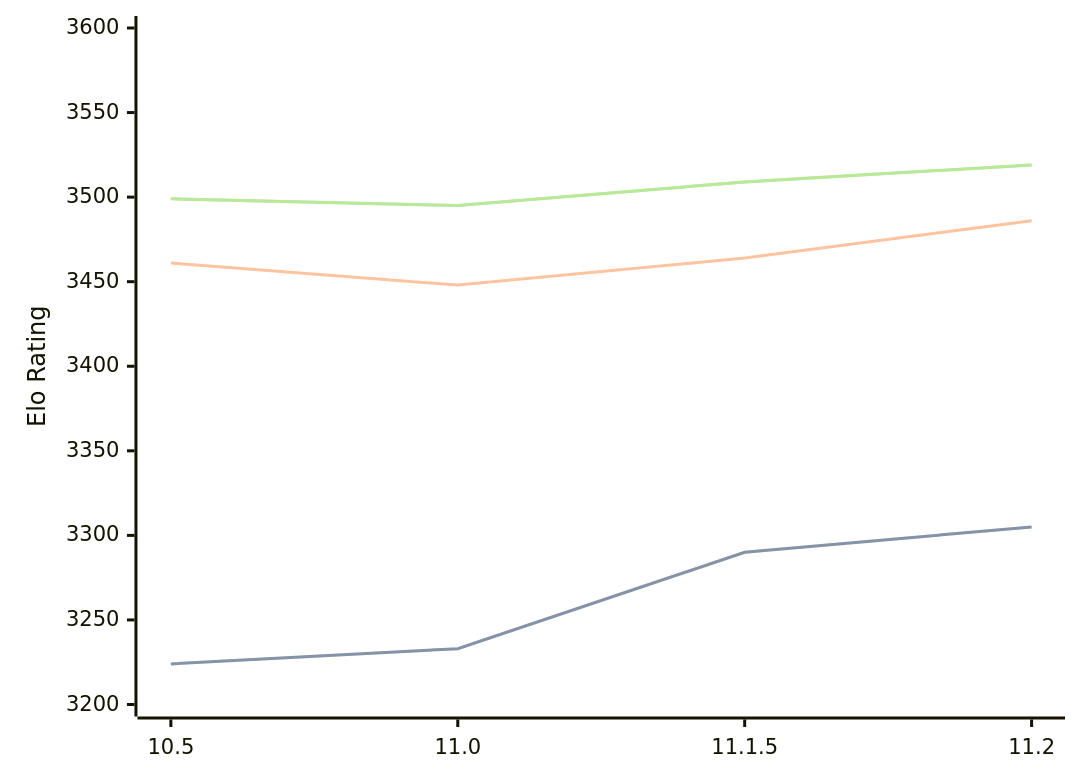
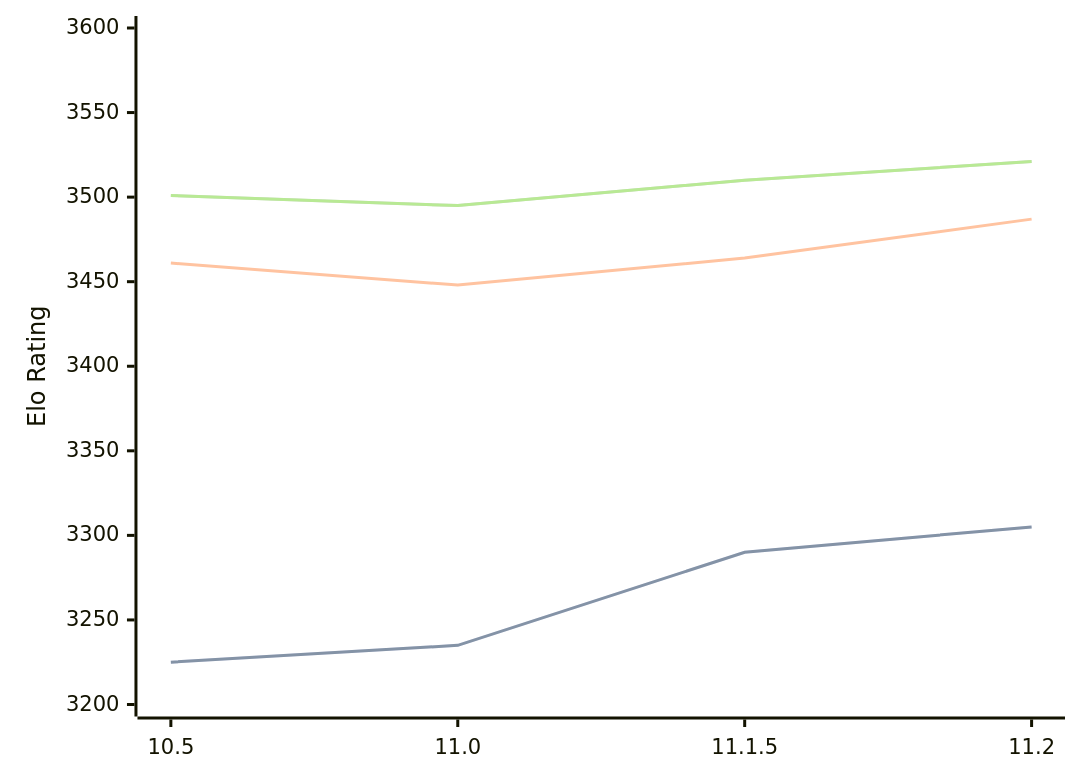
One commit to computer-chess-index/cci changed the diagram in engines/Lizard.md. Above: the diagram before and after it, drawn with Mermaid. The commit also changed other lines of this file, not shown here.

Commit message:
Update CCI Ratings (ELO VLTC) - 2026-09-07

````diff
--- a/engines/Lizard.md
+++ b/engines/Lizard.md
@@ -34,11 +34,11 @@
 ```mermaid
 %%{init: {"theme":"base","themeVariables":{"seriesColors:['#a3a3a3','#222221','#faa371']}}}%%
 xychart-beta
   x-axis ["10.5", "11.0", "11.1.5", "11.2"]
   y-axis "Elo Rating" 3200 --> 3600
-  line "" [3224, 3233, 3290, 3305]
-  line "STC (8.0+0.08s)" [3224, 3233, 3290, 3305]
-  line "LTC (60.0+0.60s)" [3461, 3448, 3464, 3486]
-  line "" [3499, 3495, 3509, 3519]
-  line "VLTC (2m24s+1.12s)" [3499, 3495, 3509, 3519]
+  line "" [3225, 3235, 3290, 3305]
+  line "STC (8.0+0.08s)" [3225, 3235, 3290, 3305]
+  line "LTC (60.0+0.60s)" [3461, 3448, 3464, 3487]
+  line "" [3501, 3495, 3510, 3521]
+  line "VLTC (2m24s+1.12s)" [3501, 3495, 3510, 3521]
 ```
````
